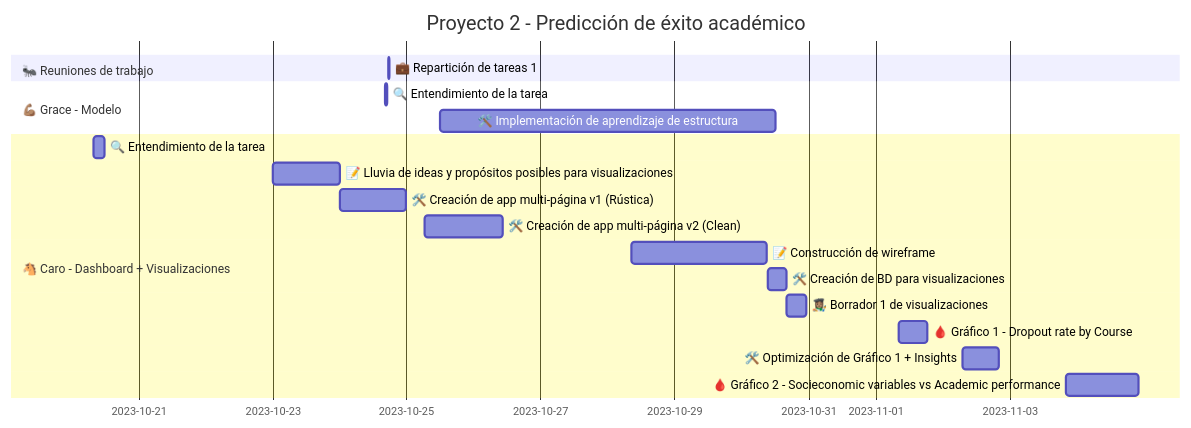
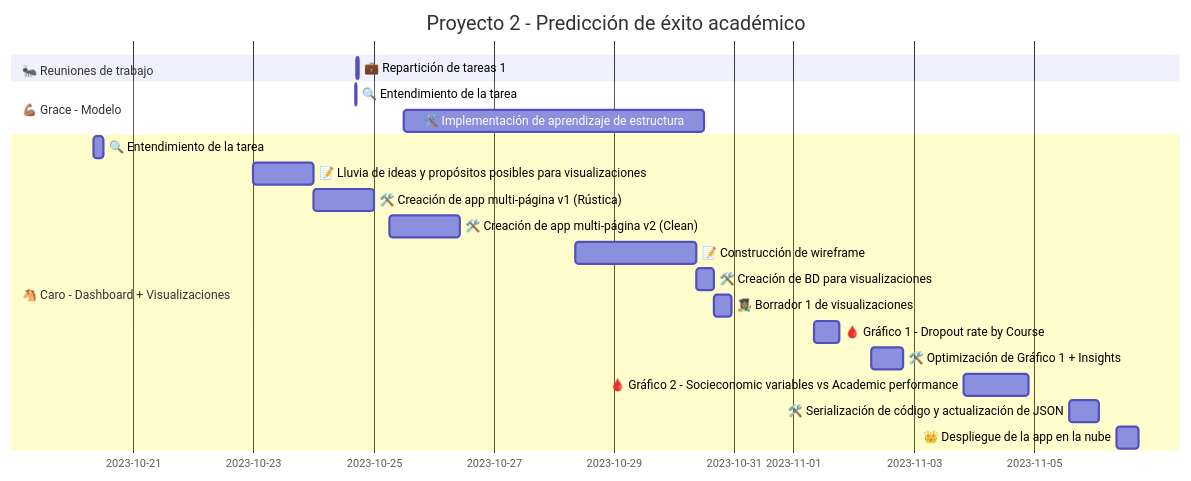
The diagram in README.md (zcrodriguez/AC_IPP_P2), drawn with Mermaid before and after one commit. The commit also changed other lines of this file, not shown here.

Commit message:
Actualización de README.md con avances de proyecto

````diff
--- a/README.md
+++ b/README.md
@@ -5,21 +5,23 @@
 ```mermaid
 gantt
     title Proyecto 2 - Predicción de éxito académico
     dateFormat  YYYY-MM-DD
     section 🐜 Reuniones de trabajo
     💼 Repartición de tareas 1:2023-10-24 17:21,30m
     section 💪🏽 Grace - Modelo
     🔍 Entendimiento de la tarea:2023-10-24 16:30,40m
     🛠️ Implementación de aprendizaje de estructura: 2023-10-25 12:00, 5d
     section 🐴 Caro - Dashboard + Visualizaciones
     🔍 Entendimiento de la tarea:2023-10-20 8:00,4h
     📝 Lluvia de ideas y propósitos posibles para visualizaciones:2023-10-23,1d
     🛠️ Creación de app multi-página v1 (Rústica):2023-10-24,1d
     🛠️ Creación de app multi-página v2 (Clean):2023-10-25 6:30, 28h
     📝 Construcción de wireframe:2023-10-28 8:30, 48.5h
     🛠️ Creación de BD para visualizaciones:2023-10-30 9:10, 7h
     👩🏽‍🎨 Borrador 1 de visualizaciones:2023-10-30 16:10, 7h
     🩸 Gráfico 1 - Dropout rate by Course:2023-11-1 8:20, 10h
     🛠️ Optimización de Gráfico 1 + Insights:2023-11-2 6:50, 13h
     🩸 Gráfico 2 - Socieconomic variables vs Academic performance:2023-11-3 20:00, 26h
+    🛠️ Serialización de código y actualización de JSON: 2023-11-5 14:00, 12h
+    👑 Despliegue de la app en la nube: 2023-11-6 8:56, 9h
 ```
````
